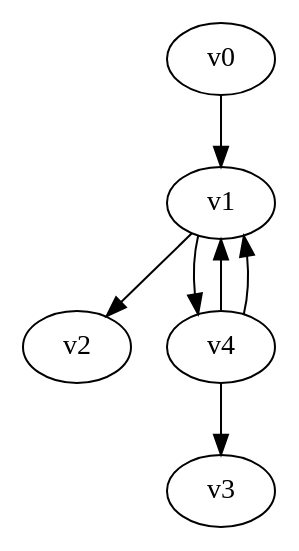
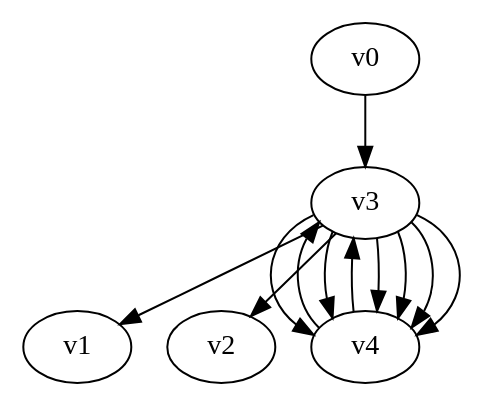
The diagram in digraph.dot (yadej/graph_project), drawn with Graphviz before and after one commit. The commit also changed 1 other file, not shown here.

```diff
--- a/digraph.dot
+++ b/digraph.dot
@@ -1,8 +1,9 @@
 digraph G { 
-v0 -> v1;
-v1 -> v2;
-v1 -> v4;
-v4 -> v1;
-v4 -> v1;
-v4 -> v3;
+v0 -> v3;
+v3 -> v1;
+v3 -> v2;
+v3 -> v4 -> v3 -> v4 -> v3 -> v4;
+v3 -> v4;
+v3 -> v4;
+v3 -> v4;
 }
```
